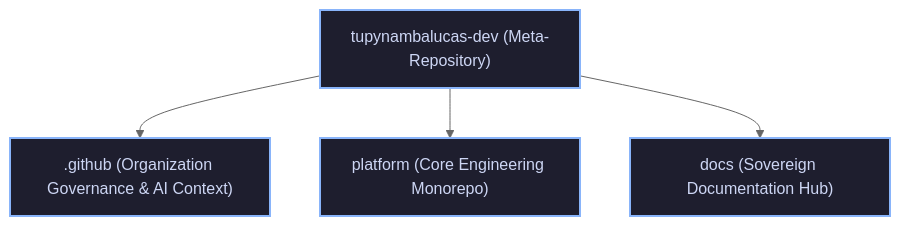
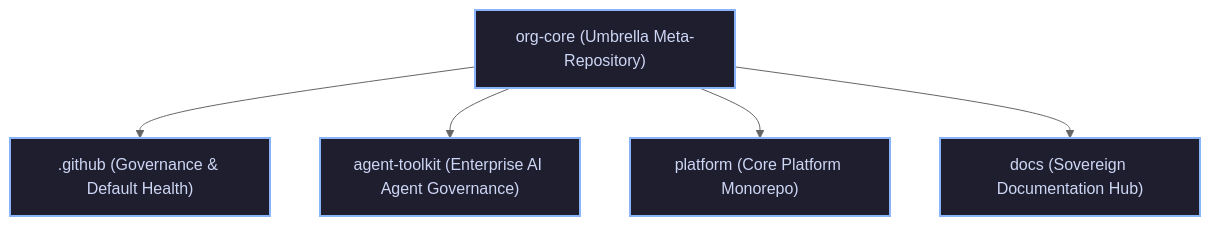
The diagram in README.md (tupynambalucas-dev/org-core), drawn with Mermaid (neutral theme) before and after one commit. The commit also changed other lines of this file and 1 other file, not shown here.

Commit message:
docs(umbrella): update root readme, agents router, and bump submodule heads

````diff
--- a/README.md
+++ b/README.md
@@ -11,13 +11,14 @@
 ```mermaid
 graph TD
   direction TB
 
-  Meta["tupynambalucas-dev (Meta-Repository)"]
+  Meta["org-core (Umbrella Meta-Repository)"]
 
-  Meta --> Sub1[".github (Organization Governance & AI Context)"]
-  Meta --> Sub2["platform (Core Engineering Monorepo)"]
-  Meta --> Sub3["docs (Sovereign Documentation Hub)"]
+  Meta --> Sub1[".github (Governance & Default Health)"]
+  Meta --> Sub2["agent-toolkit (Enterprise AI Agent Governance)"]
+  Meta --> Sub3["platform (Core Platform Monorepo)"]
+  Meta --> Sub4["docs (Sovereign Documentation Hub)"]
 
   classDef repo fill:#1e1e2e,stroke:#89b4fa,stroke-width:2px,color:#cdd6f4;
-  class Meta,Sub1,Sub2,Sub3 repo;
+  class Meta,Sub1,Sub2,Sub3,Sub4 repo;
 ```
````
